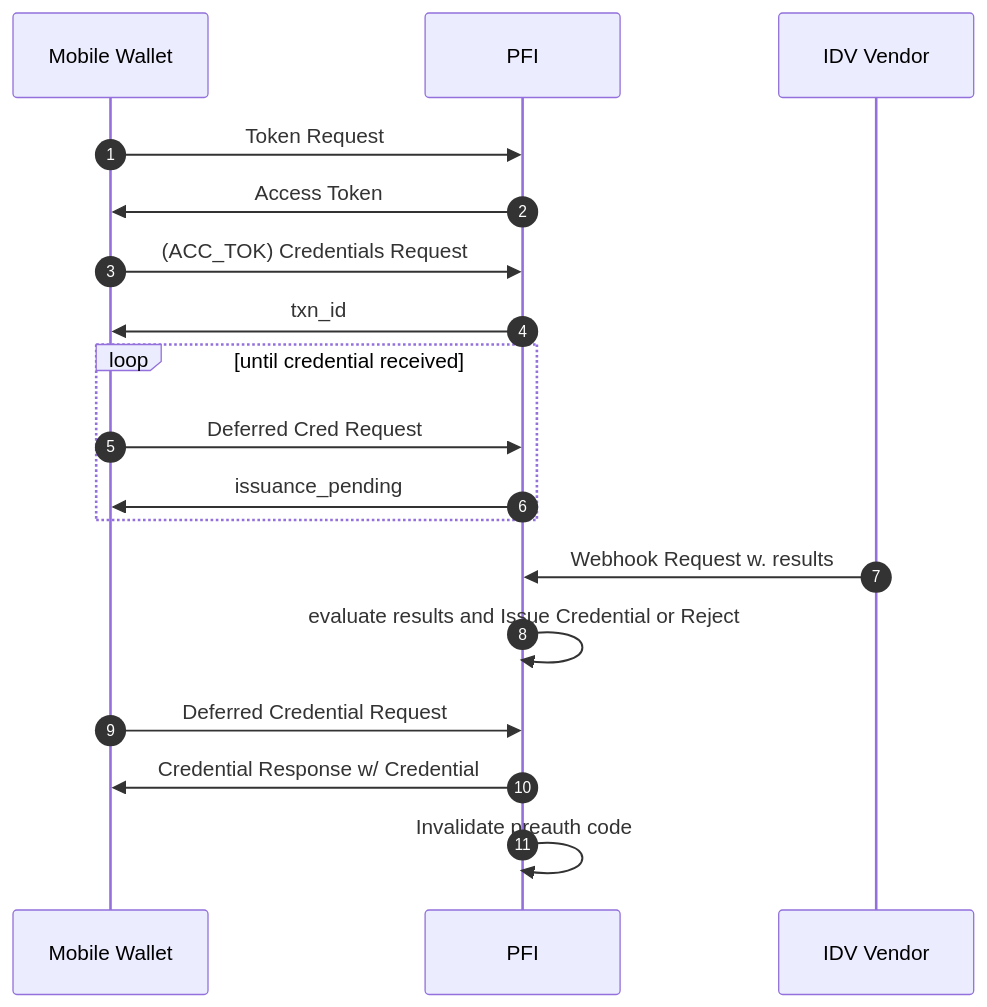
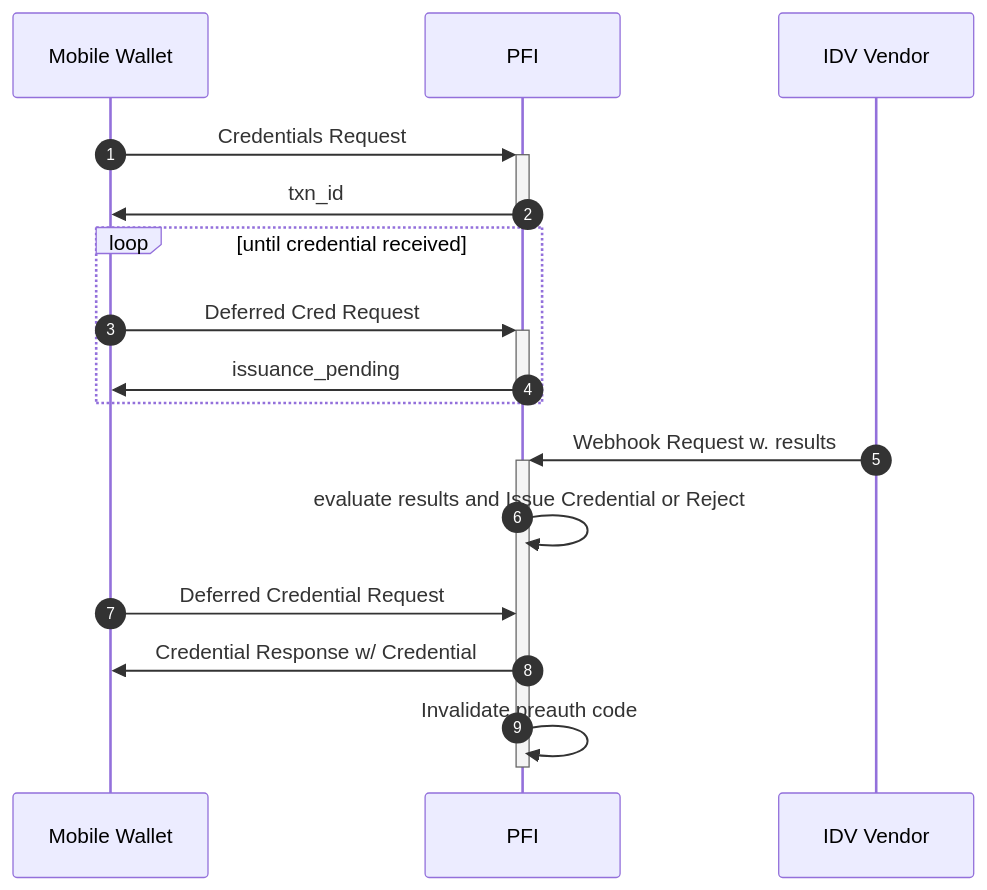
Before and after one commit to TBD54566975/known-customer-credential: the fifth of 5 diagrams in README.md, drawn with Mermaid. The commit also changed other lines of this file, not shown here.

Commit message:
Add credential issuance: 1. metadata, 2. access token, and 3. issuance (#12)

````diff
--- a/README.md
+++ b/README.md
@@ -329,23 +477,21 @@
 ```mermaid
 sequenceDiagram
 autonumber
 
 participant D as Mobile Wallet
 participant P as PFI
 participant V as IDV Vendor
 
-D->>P: Token Request
-P->>D: Access Token
-D->>P: (ACC_TOK) Credentials Request
-P->>D: txn_id
+D->>+P: Credentials Request
+P->>-D: txn_id
 
 loop until credential received
-    D->>P: Deferred Cred Request
-    P->>D: issuance_pending
+    D->>+P: Deferred Cred Request
+    P->>-D: issuance_pending
 end
-V->>P: Webhook Request w. results
+V->>+P: Webhook Request w. results
 P->>P: evaluate results and Issue Credential or Reject
 D->>P: Deferred Credential Request
 P->>D: Credential Response w/ Credential
-P->>P: Invalidate preauth code
+P->>-P: Invalidate preauth code
 ```
````
